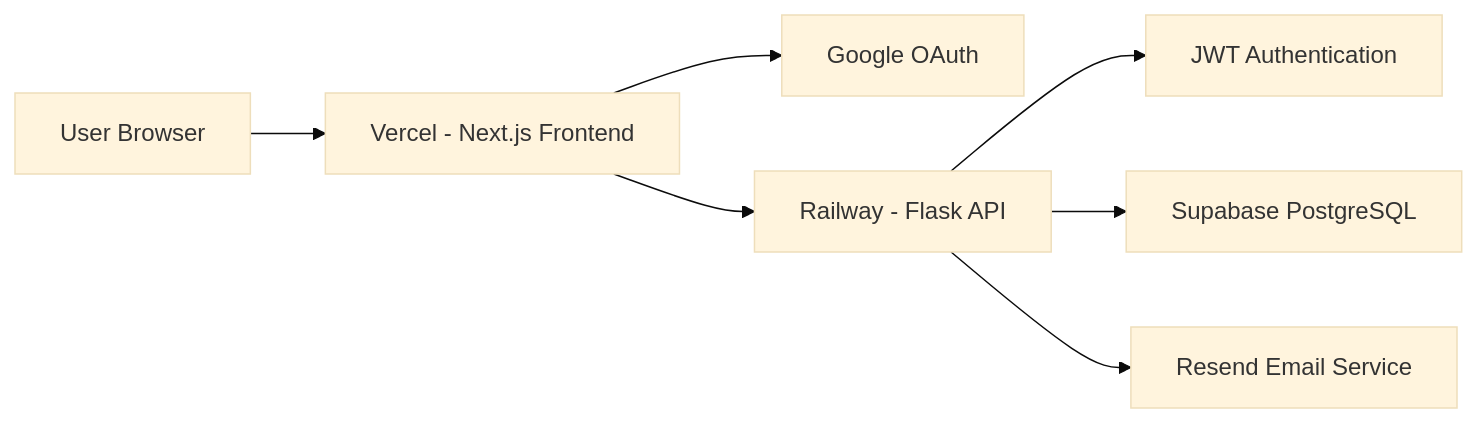
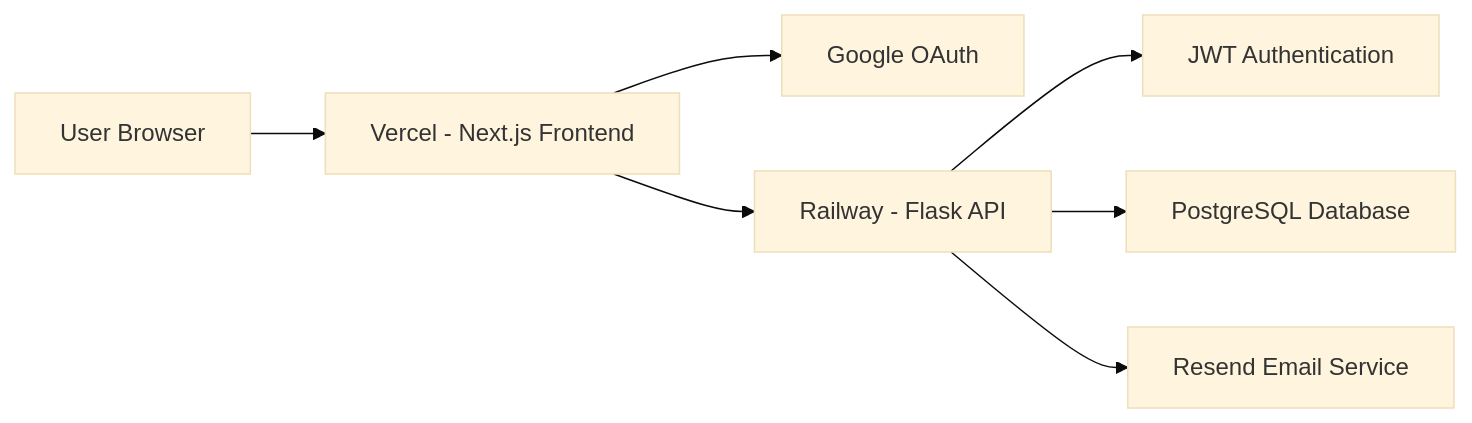
One commit to prashantsuryavanshi0/taskflow-saas changed the diagram in README.md. Above: the diagram before and after it, drawn with Mermaid (base theme). The commit also changed other lines of this file, not shown here.

````diff
--- a/README.md
+++ b/README.md
@@ -35,16 +31,16 @@
 ```mermaid
 flowchart LR
 
 U["User Browser"]
 --> F["Vercel - Next.js Frontend"]
 
 F --> G["Google OAuth"]
 
 F --> B["Railway - Flask API"]
 
 B --> J["JWT Authentication"]
 
-B --> D["Supabase PostgreSQL"]
+B --> D["PostgreSQL Database"]
 
 B --> E["Resend Email Service"]
 ```
````
